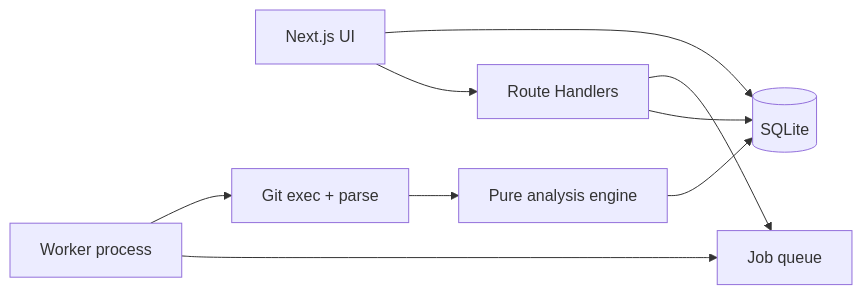
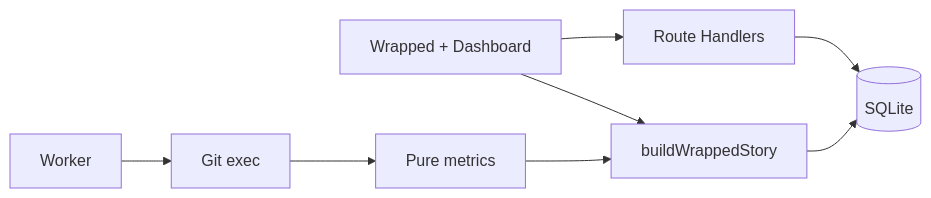
Before and after one commit to erikkostashuk/gitchronicle: the diagram in README.md, drawn with Mermaid. The commit also changed other lines of this file and 28 other files, not shown here.

First line of the commit message:
feat: ship GitChronicle Wrapped cinematic story experience

````diff
--- a/README.md
+++ b/README.md
@@ -70,11 +53,10 @@
 ```mermaid
 flowchart LR
-  UI[Next.js UI] --> API[Route Handlers]
+  UI[Wrapped + Dashboard] --> API[Route Handlers]
   API --> DB[(SQLite)]
-  API --> Jobs[Job queue]
-  Worker[Worker process] --> Jobs
-  Worker --> Git[Git exec + parse]
-  Git --> Analyze[Pure analysis engine]
-  Analyze --> DB
-  UI --> DB
+  Worker[Worker] --> Git[Git exec]
+  Git --> Metrics[Pure metrics]
+  Metrics --> Story[buildWrappedStory]
+  Story --> DB
+  UI --> Story
 ```
````
